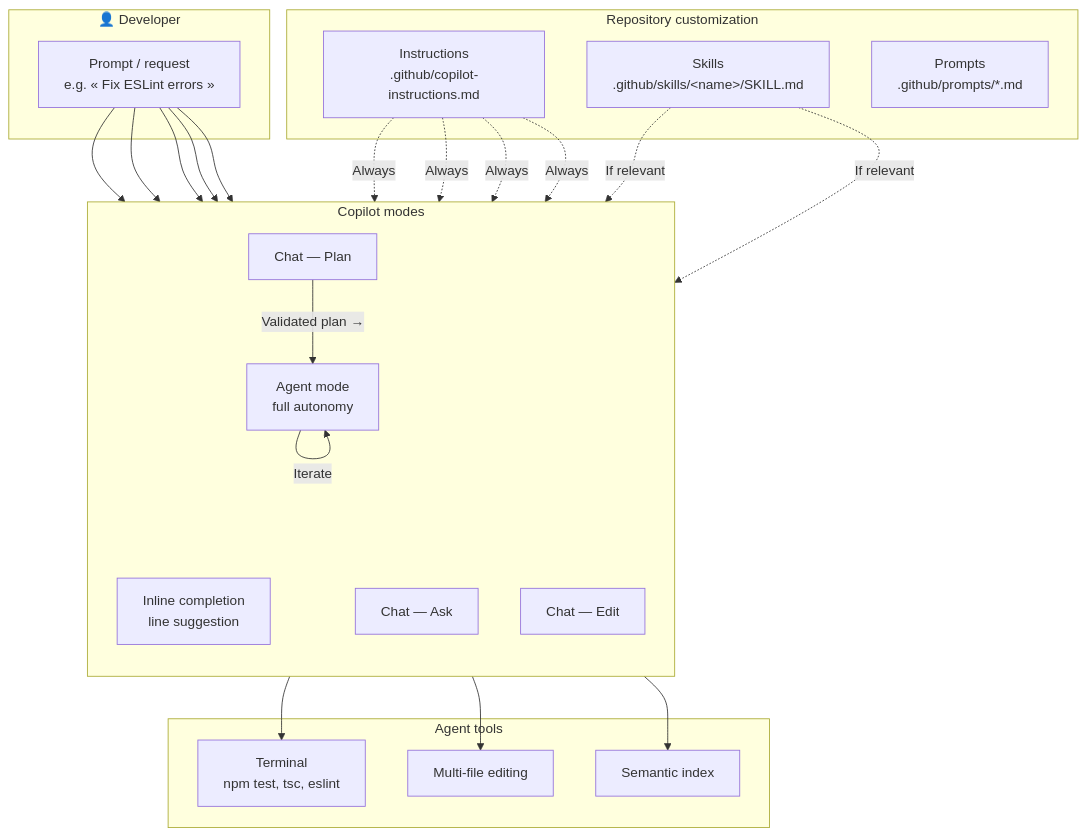
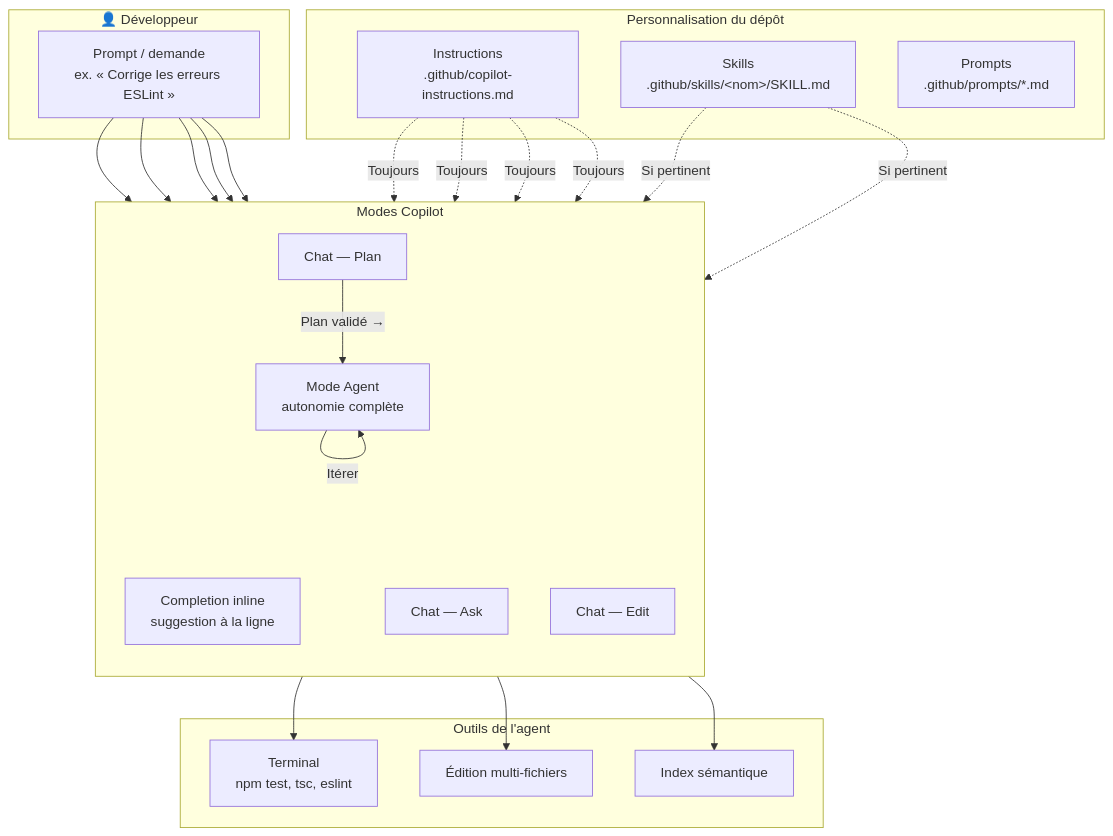
The second of 2 diagrams in Cours.md (RDFormations/GH_Copilot_TS), drawn with Mermaid before and after one commit. The commit also changed other lines of this file and 1 other file, not shown here.

````diff
--- a/Cours.md
+++ b/Cours.md
@@ -567,48 +668,48 @@
 ```mermaid
 flowchart TB
-    subgraph Dev["👤 Developer"]
-        Q["Prompt / request<br/>e.g. « Fix ESLint errors »"]
-    end
+ subgraph Dev["👤 Développeur"]
+ Q["Prompt / demande<br/>ex. « Corrige les erreurs ESLint »"]
+ end
 
-    subgraph Modes["Copilot modes"]
-        direction TB
-        Inline["Inline completion<br/>line suggestion"]
-        Ask["Chat — Ask"]
-        Edit["Chat — Edit"]
-        Plan["Chat — Plan"]
-        Agent["Agent mode<br/>full autonomy"]
-    end
+ subgraph Modes["Modes Copilot"]
+ direction TB
+ Inline["Completion inline<br/>suggestion à la ligne"]
+ Ask["Chat — Ask"]
+ Edit["Chat — Edit"]
+ Plan["Chat — Plan"]
+ Agent["Mode Agent<br/>autonomie complète"]
+ end
 
-    subgraph Perso["Repository customization"]
-        Inst["Instructions<br/>.github/copilot-instructions.md"]
-        Skill["Skills<br/>.github/skills/&lt;name&gt;/SKILL.md"]
-        PromptF["Prompts<br/>.github/prompts/*.md"]
-    end
+ subgraph Perso["Personnalisation du dépôt"]
+ Inst["Instructions<br/>.github/copilot-instructions.md"]
+ Skill["Skills<br/>.github/skills/&lt;nom&gt;/SKILL.md"]
+ PromptF["Prompts<br/>.github/prompts/*.md"]
+ end
 
-    subgraph Outils["Agent tools"]
-        Term["Terminal<br/>npm test, tsc, eslint"]
-        Files["Multi-file editing"]
-        Search["Semantic index"]
-    end
+ subgraph Outils["Outils de l'agent"]
+ Term["Terminal<br/>npm test, tsc, eslint"]
+ Files["Édition multi-fichiers"]
+ Search["Index sémantique"]
+ end
 
-    Q --> Inline
-    Q --> Ask
-    Q --> Edit
-    Q --> Plan
-    Q --> Agent
+ Q --> Inline
+ Q --> Ask
+ Q --> Edit
+ Q --> Plan
+ Q --> Agent
 
-    Inst -.->|"Always"| Inline
-    Inst -.->|"Always"| Ask
-    Inst -.->|"Always"| Edit
-    Inst -.->|"Always"| Agent
+ Inst -.->|"Toujours"| Inline
+ Inst -.->|"Toujours"| Ask
+ Inst -.->|"Toujours"| Edit
+ Inst -.->|"Toujours"| Agent
 
-    Skill -.->|"If relevant"| Agent
-    Skill -.->|"If relevant"| Ask
+ Skill -.->|"Si pertinent"| Agent
+ Skill -.->|"Si pertinent"| Ask
 
-    Agent --> Term
-    Agent --> Files
-    Agent --> Search
-    Agent -->|"Iterate"| Agent
+ Agent --> Term
+ Agent --> Files
+ Agent --> Search
+ Agent -->|"Itérer"| Agent
 
-    Plan -->|"Validated plan →"| Agent
+ Plan -->|"Plan validé →"| Agent
 ```
````
